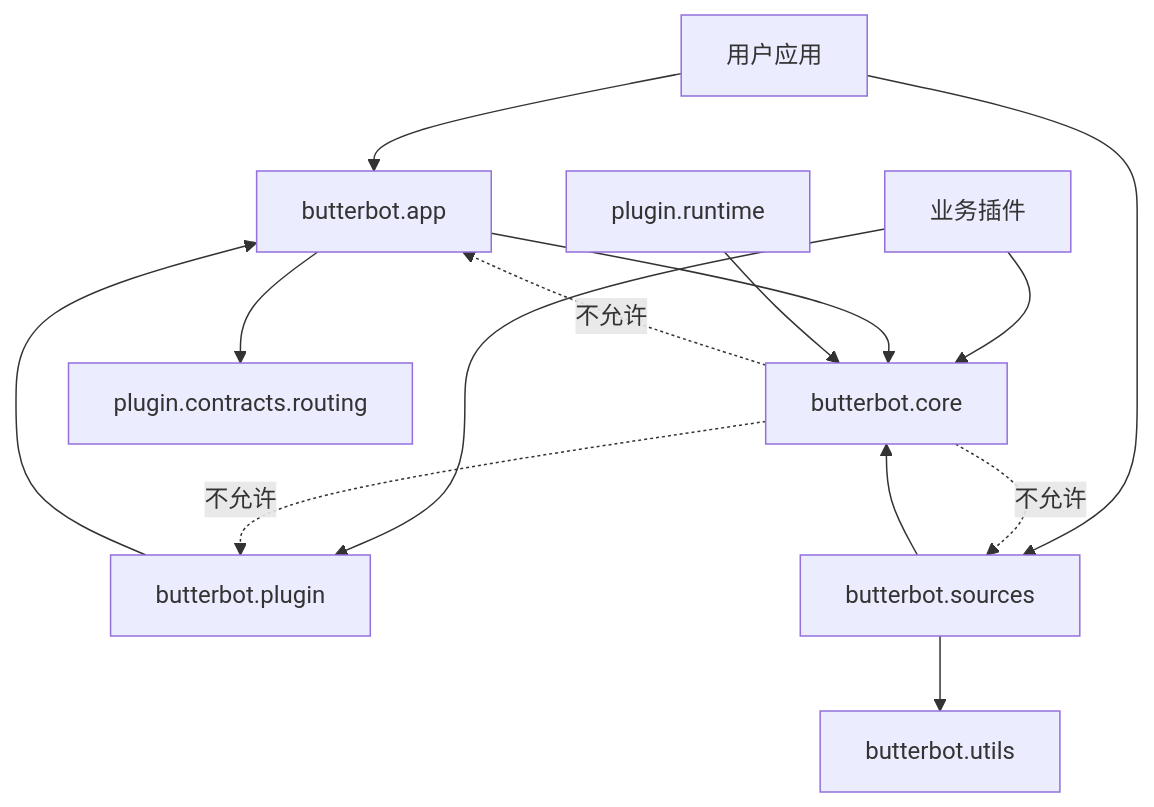
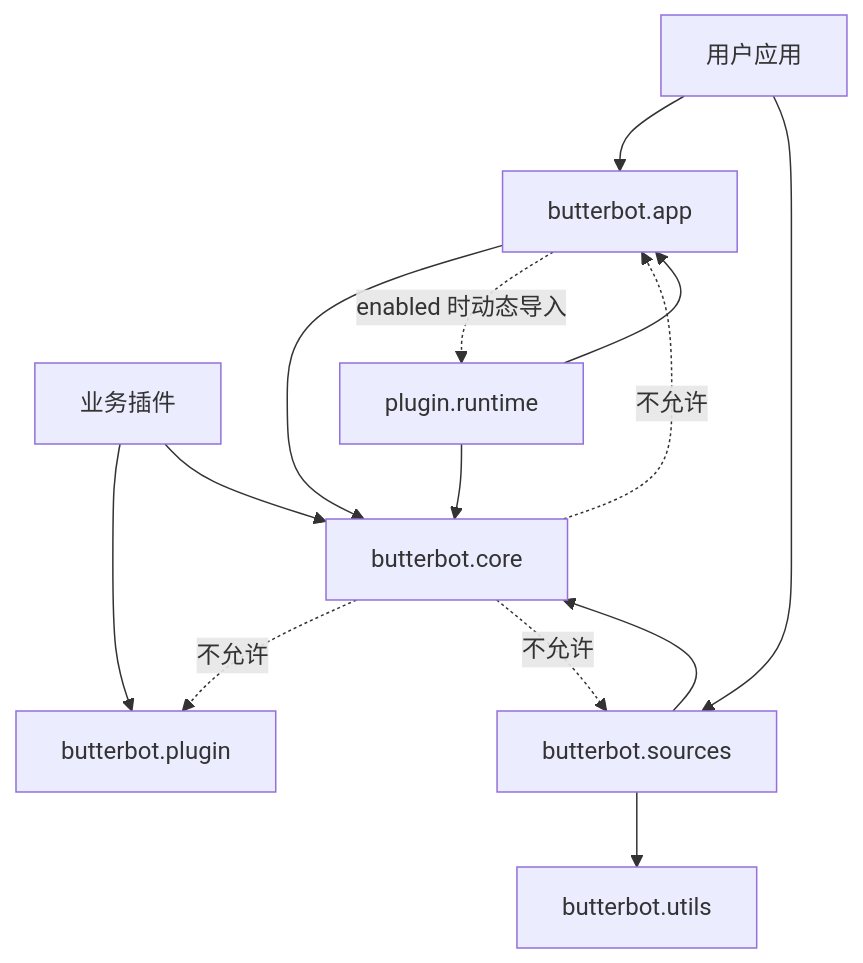
Before and after one commit to GEYUANwuqi/bilipy_bot: the diagram in docs/guide/project-structure.md, drawn with Mermaid. The commit also changed other lines of this file and 14 other files, not shown here.

````diff
--- a/docs/guide/project-structure.md
+++ b/docs/guide/project-structure.md
@@ -79,16 +80,16 @@
 ```mermaid
 flowchart TD
   U[用户应用] --> APP[butterbot.app]
   P[业务插件] --> PLUGIN[butterbot.plugin]
   P --> CORE
-  APP --> CONTRACT[plugin.contracts.routing]
-  PLUGIN --> APP
   APP --> CORE[butterbot.core]
-  PLUGIN_RUNTIME[plugin.runtime] --> CORE
+  APP -. enabled 时动态导入 .-> PLUGIN_RUNTIME
+  PLUGIN_RUNTIME[plugin.runtime] --> APP
+  PLUGIN_RUNTIME --> CORE
   U --> SOURCES[butterbot.sources]
   SOURCES --> CORE
   SOURCES --> UTILS[butterbot.utils]
   CORE -. 不允许 .-> APP
   CORE -. 不允许 .-> PLUGIN
   CORE -. 不允许 .-> SOURCES
 ```
````
